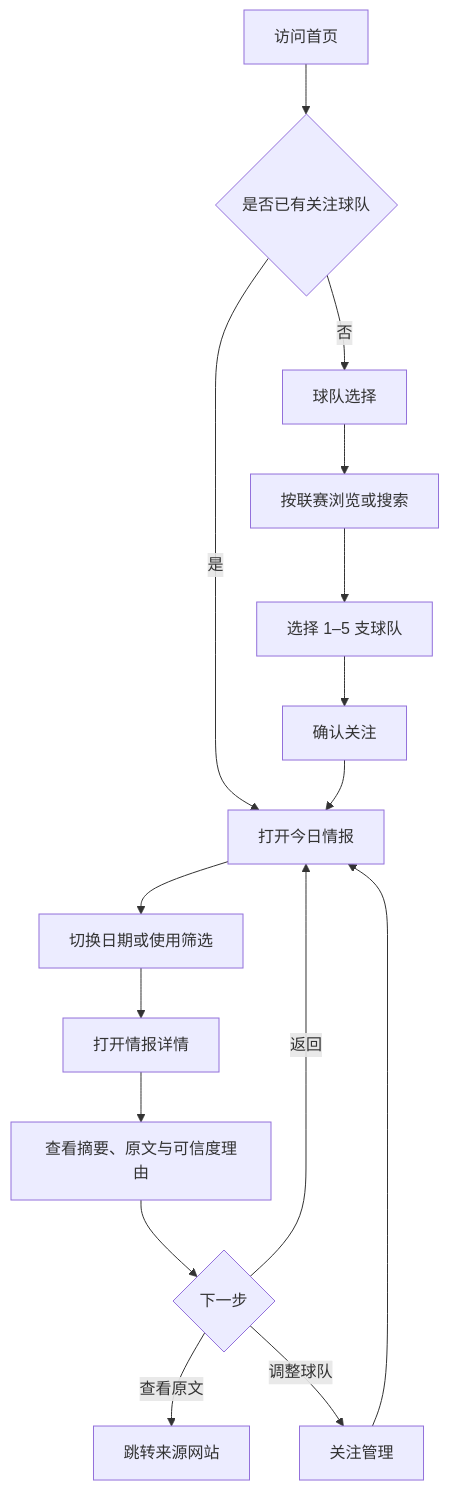
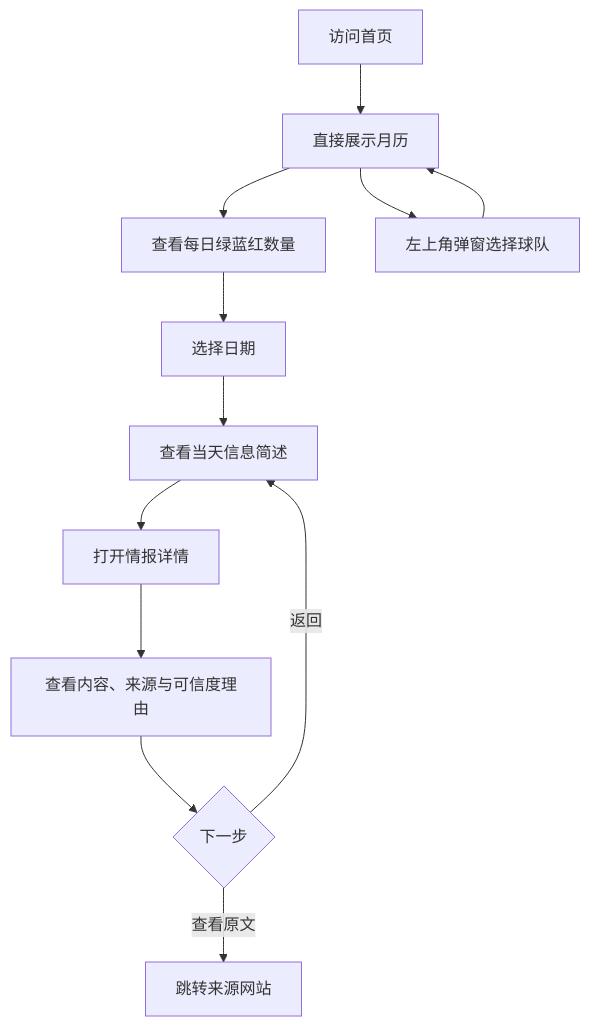
The first of 2 diagrams in docs/USER_FLOW_AND_IA.md (huashui699/0126), drawn with Mermaid before and after one commit. The commit also changed other lines of this file and 13 other files, not shown here.

````diff
--- a/docs/USER_FLOW_AND_IA.md
+++ b/docs/USER_FLOW_AND_IA.md
@@ -31,18 +31,14 @@
 ```mermaid
 flowchart TD
-    A["访问首页"] --> B{"是否已有关注球队"}
-    B -- "否" --> C["球队选择"]
-    C --> D["按联赛浏览或搜索"]
-    D --> E["选择 1–5 支球队"]
-    E --> F["确认关注"]
-    B -- "是" --> G["打开今日情报"]
-    F --> G
-    G --> H["切换日期或使用筛选"]
-    H --> I["打开情报详情"]
-    I --> J["查看摘要、原文与可信度理由"]
-    J --> K{"下一步"}
-    K -- "查看原文" --> L["跳转来源网站"]
-    K -- "返回" --> G
-    K -- "调整球队" --> M["关注管理"]
-    M --> G
+    A["访问首页"] --> B["直接展示月历"]
+    B --> C["查看每日绿蓝红数量"]
+    B --> D["左上角弹窗选择球队"]
+    D --> B
+    C --> H["选择日期"]
+    H --> I["查看当天信息简述"]
+    I --> J["打开情报详情"]
+    J --> K["查看内容、来源与可信度理由"]
+    K --> L{"下一步"}
+    L -- "查看原文" --> M["跳转来源网站"]
+    L -- "返回" --> I
 ```
````
